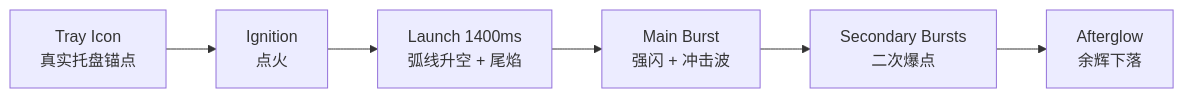
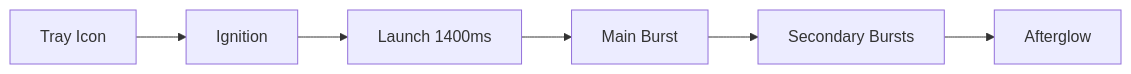
The first of 2 diagrams in README.md (xiapazhi/codex-status-light), drawn with Mermaid before and after one commit. The commit also changed other lines of this file and 1 other file, not shown here.

````diff
--- a/README.md
+++ b/README.md
@@ -66,8 +43,8 @@
 ```mermaid
 flowchart LR
-    A["Tray Icon<br/>真实托盘锚点"] --> B["Ignition<br/>点火"]
-    B --> C["Launch 1400ms<br/>弧线升空 + 尾焰"]
-    C --> D["Main Burst<br/>强闪 + 冲击波"]
-    D --> E["Secondary Bursts<br/>二次爆点"]
-    E --> F["Afterglow<br/>余辉下落"]
+    A["Tray Icon"] --> B["Ignition"]
+    B --> C["Launch 1400ms"]
+    C --> D["Main Burst"]
+    D --> E["Secondary Bursts"]
+    E --> F["Afterglow"]
 ```
````
